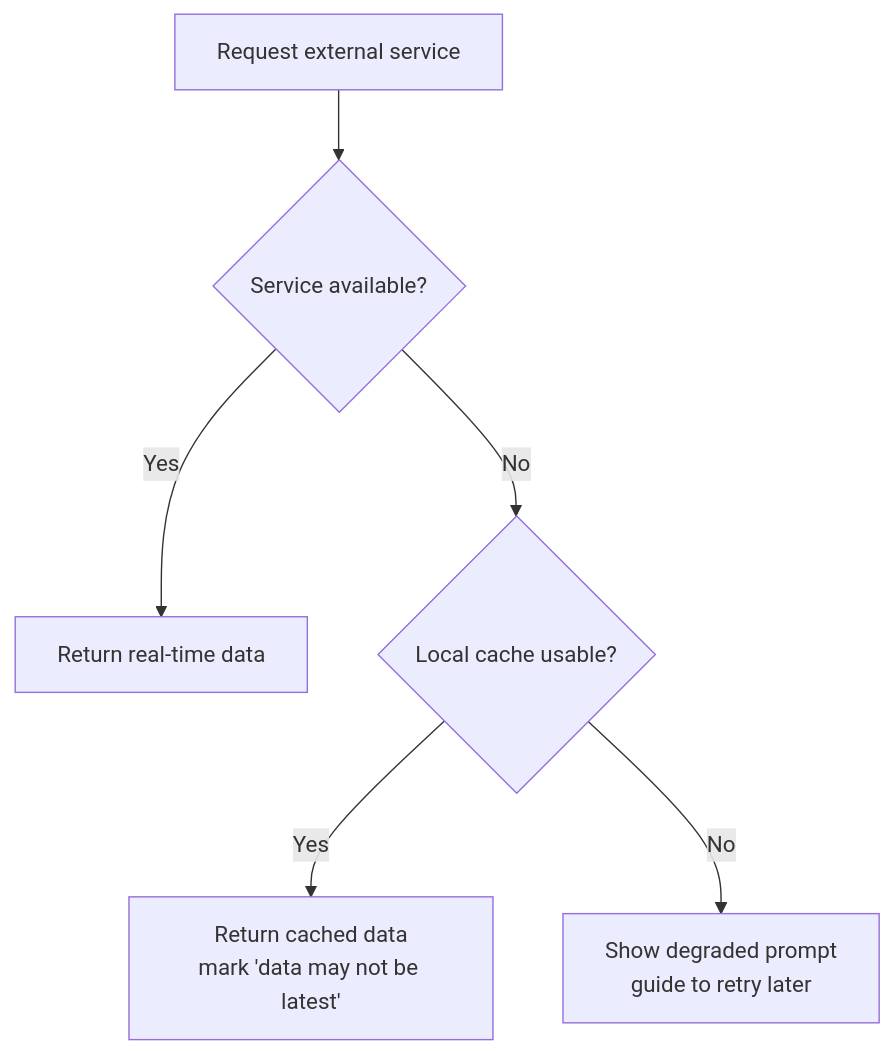
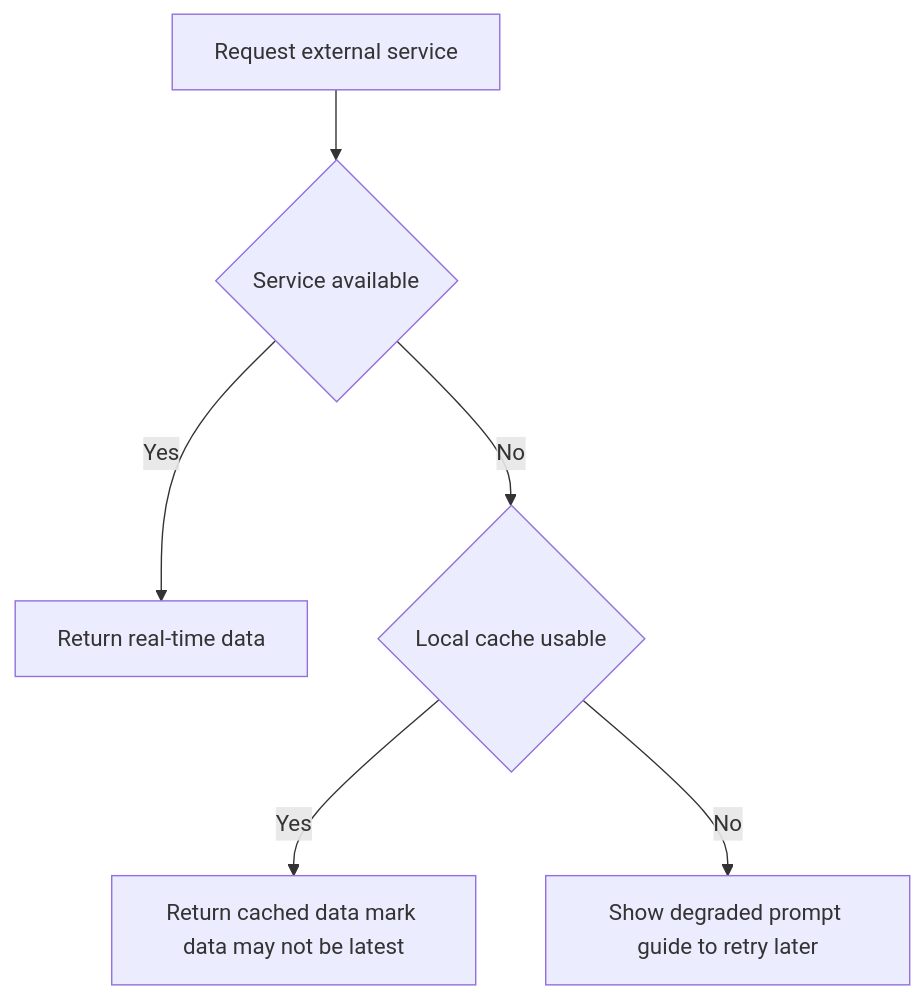
The sixth of 6 diagrams in create-prd/references/mermaid-rules.md (sacrtap/Opc_Kit), drawn with Mermaid before and after one commit. The commit also changed other lines of this file and 4 other files, not shown here.

First line of the commit message:
feat(create-prd): mermaid cross-engine compatibility, scoring weight fix, mandatory re-scoring

````diff
--- a/create-prd/references/mermaid-rules.md
+++ b/create-prd/references/mermaid-rules.md
@@ -146,8 +147,8 @@
 ```mermaid
 flowchart TD
-    A[Request external service] --> B{Service available?}
+    A[Request external service] --> B{Service available}
     B -->|Yes| C[Return real-time data]
-    B -->|No| D{Local cache usable?}
-    D -->|Yes| E[Return cached data<br/>mark 'data may not be latest']
-    D -->|No| F[Show degraded prompt<br/>guide to retry later]
+    B -->|No| D{Local cache usable}
+    D -->|Yes| E[Return cached data mark data may not be latest]
+    D -->|No| F[Show degraded prompt guide to retry later]
 ```
````
